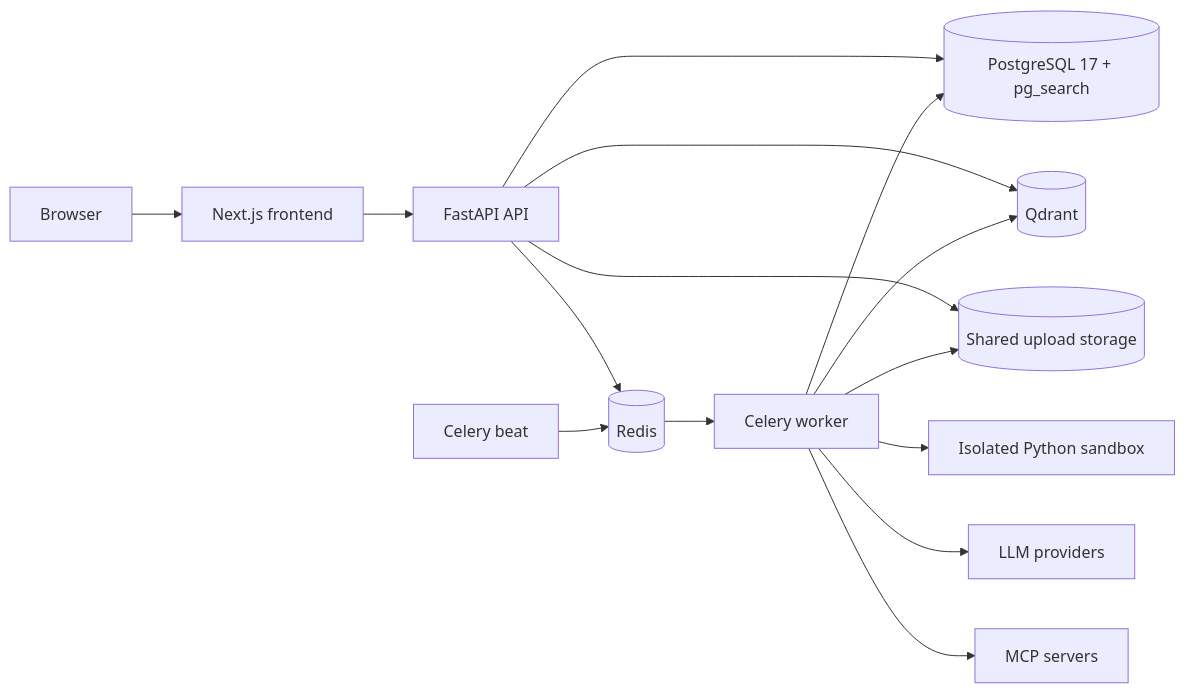
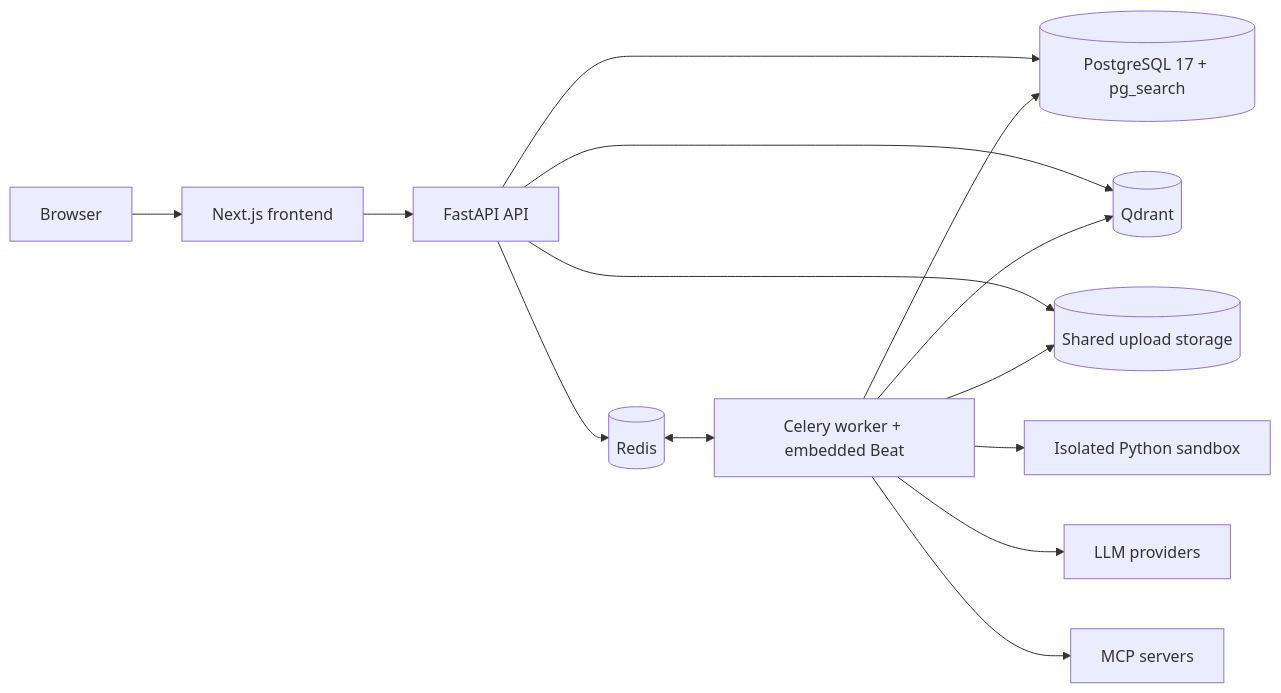
One commit to IQZZ020501/NexaFlow changed the diagram in README.md. Above: the diagram before and after it, drawn with Mermaid. The commit also changed other lines of this file and 7 other files, not shown here.

Commit message:
refactor(deploy): embed beat in celery worker

````diff
--- a/README.md
+++ b/README.md
@@ -62,17 +62,16 @@
 ```mermaid
 flowchart LR
     Browser[Browser] --> Web[Next.js frontend]
     Web --> API[FastAPI API]
     API --> DB[("PostgreSQL 17 + pg_search")]
     API --> Redis[(Redis)]
     API --> Qdrant[(Qdrant)]
     API --> Storage[("Shared upload storage")]
-    Redis --> Worker[Celery worker]
-    Beat[Celery beat] --> Redis
+    Redis <--> Worker["Celery worker + embedded Beat"]
     Worker --> DB
     Worker --> Qdrant
     Worker --> Storage[(Shared upload storage)]
     Worker --> Sandbox[Isolated Python sandbox]
     Worker --> Models[LLM providers]
     Worker --> MCP[MCP servers]
 ```
````
